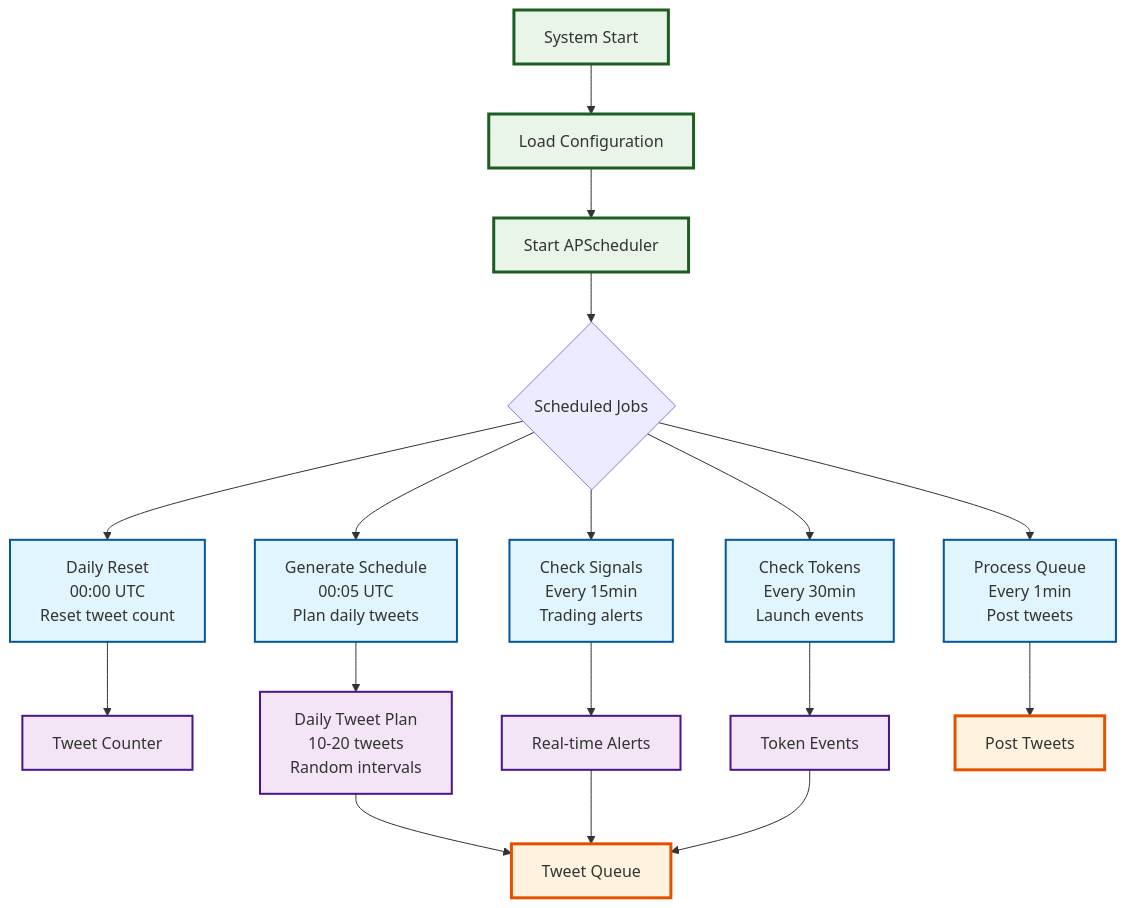
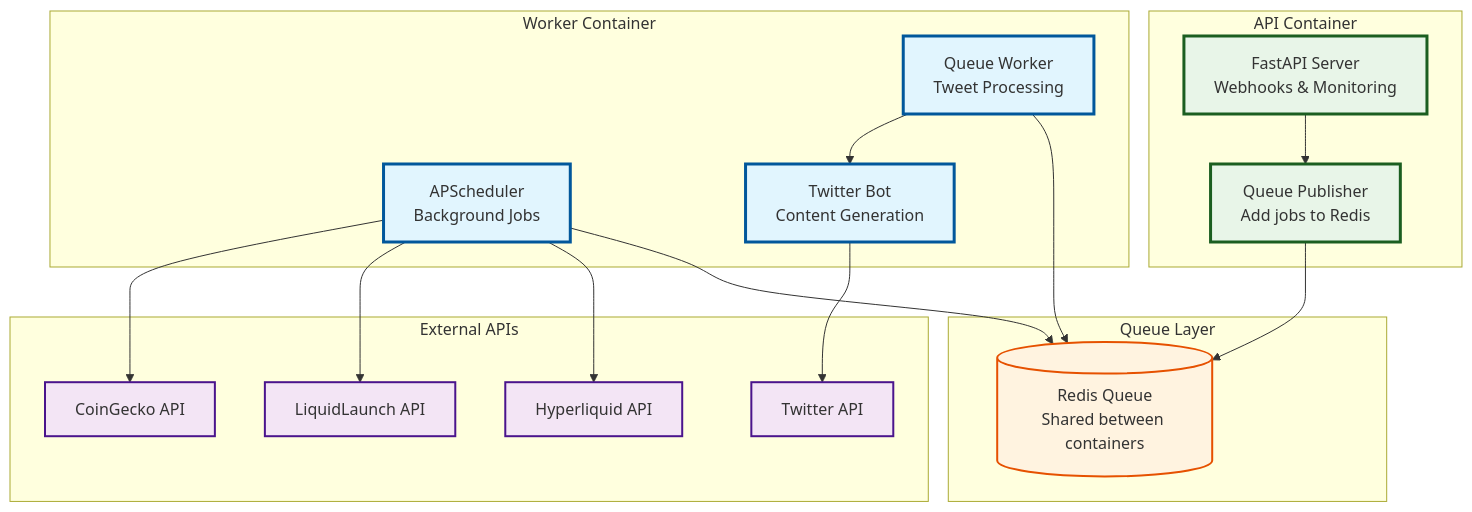
One commit to hypexbt/hypexbt changed the third of 4 diagrams in docs/arch.md. Above: the diagram before and after it, drawn with Mermaid. The commit also changed other lines of this file and 1 other file, not shown here.

Commit message:
docs: update architecture to single container + Redis queue - Updated README.md and arch.md to reflect single-container architecture with Redis queue processing, background jobs, and future scaling path

````diff
--- a/docs/arch.md
+++ b/docs/arch.md
@@ -125,33 +129,46 @@
 ```mermaid
-graph TD
-    INIT[System Start] --> LOAD[Load Configuration]
-    LOAD --> START[Start APScheduler]
+graph TB
+    subgraph API_CONTAINER [API Container]
+        API[FastAPI Server<br/>Webhooks & Monitoring]
+        PUB[Queue Publisher<br/>Add jobs to Redis]
+    end
 
-    START --> JOBS{Scheduled Jobs}
+    subgraph WORKER_CONTAINER [Worker Container]
+        SCHED[APScheduler<br/>Background Jobs]
+        WORKER[Queue Worker<br/>Tweet Processing]
+        BOT[Twitter Bot<br/>Content Generation]
+    end
 
-    JOBS --> RESET[Daily Reset<br/>00:00 UTC<br/>Reset tweet count]
-    JOBS --> SCHEDULE[Generate Schedule<br/>00:05 UTC<br/>Plan daily tweets]
-    JOBS --> SIGNALS[Check Signals<br/>Every 15min<br/>Trading alerts]
-    JOBS --> TOKENS[Check Tokens<br/>Every 30min<br/>Launch events]
-    JOBS --> PROCESS[Process Queue<br/>Every 1min<br/>Post tweets]
+    subgraph QUEUE_LAYER [Queue Layer]
+        REDIS[(Redis Queue<br/>Shared between containers)]
+    end
 
-    RESET --> COUNT[Tweet Counter]
-    SCHEDULE --> PLANNING[Daily Tweet Plan<br/>10-20 tweets<br/>Random intervals]
-    SIGNALS --> REALTIME[Real-time Alerts]
-    TOKENS --> EVENTS[Token Events]
-    PROCESS --> POST[Post Tweets]
+    subgraph EXTERNAL [External APIs]
+        HL[Hyperliquid API]
+        LL[LiquidLaunch API]
+        CG[CoinGecko API]
+        TW[Twitter API]
+    end
 
-    PLANNING --> QUEUE[Tweet Queue]
-    REALTIME --> QUEUE
-    EVENTS --> QUEUE
+    API --> PUB
+    PUB --> REDIS
 
-    classDef start fill:#e8f5e8,stroke:#1b5e20,stroke-width:3px
-    classDef job fill:#e1f5fe,stroke:#01579b,stroke-width:2px
-    classDef process fill:#f3e5f5,stroke:#4a148c,stroke-width:2px
-    classDef output fill:#fff3e0,stroke:#e65100,stroke-width:3px
+    SCHED --> REDIS
+    WORKER --> REDIS
+    WORKER --> BOT
+    BOT --> TW
 
-    class INIT,LOAD,START start
-    class RESET,SCHEDULE,SIGNALS,TOKENS,PROCESS job
-    class COUNT,PLANNING,REALTIME,EVENTS process
-    class QUEUE,POST output
+    SCHED --> HL
+    SCHED --> LL
+    SCHED --> CG
+
+    classDef api fill:#e8f5e8,stroke:#1b5e20,stroke-width:3px
+    classDef worker fill:#e1f5fe,stroke:#01579b,stroke-width:3px
+    classDef queue fill:#fff3e0,stroke:#e65100,stroke-width:2px
+    classDef external fill:#f3e5f5,stroke:#4a148c,stroke-width:2px
+
+    class API,PUB api
+    class SCHED,WORKER,BOT worker
+    class REDIS queue
+    class HL,LL,CG,TW external
 ```
````
